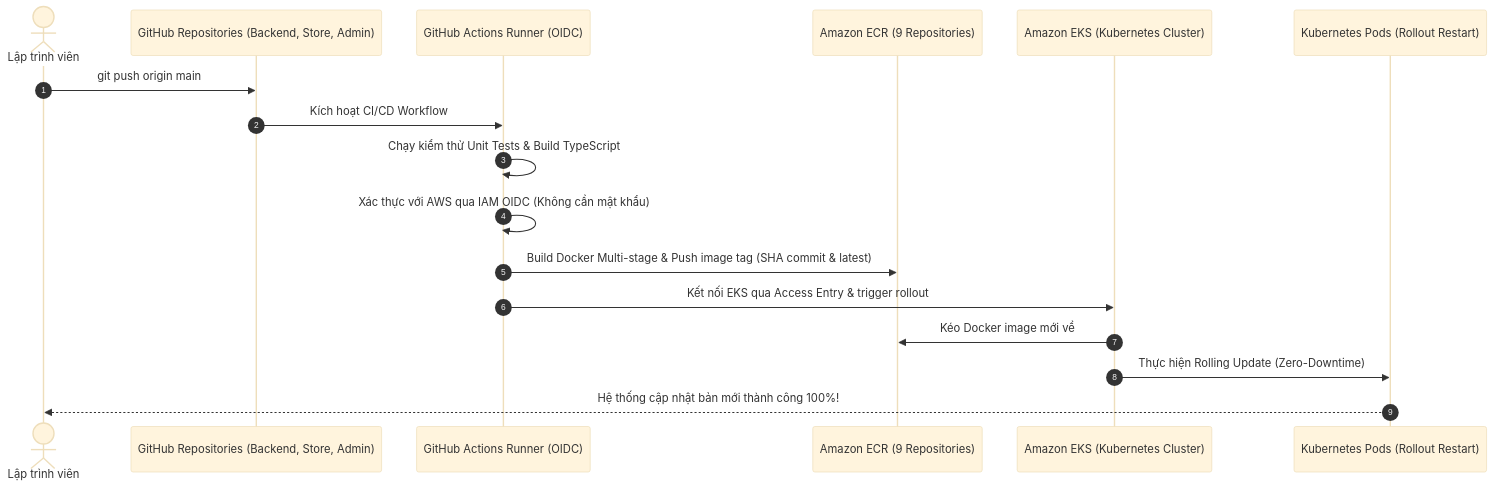
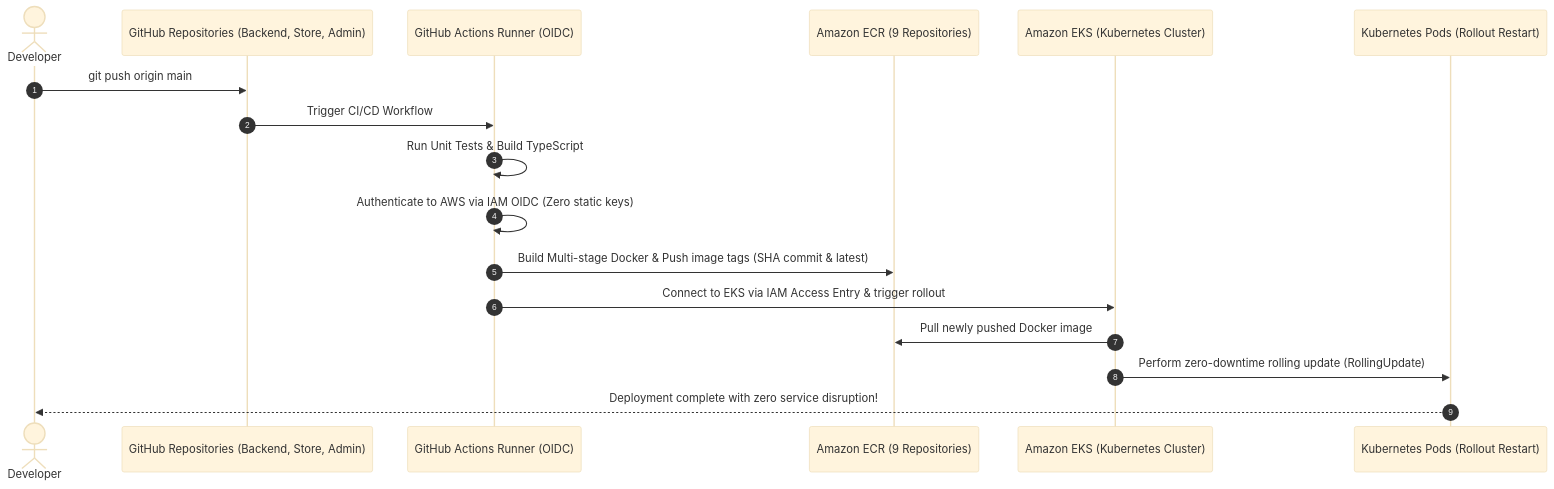
Before and after one commit to Hieuej147/ecommerce-devops: the second of 2 diagrams in DEPLOYMENT_ARCHITECTURE.md, drawn with Mermaid (base theme). The commit also changed other lines of this file, not shown here.

Commit message:
docs: translate DEPLOYMENT_ARCHITECTURE.md to English

````diff
--- a/DEPLOYMENT_ARCHITECTURE.md
+++ b/DEPLOYMENT_ARCHITECTURE.md
@@ -127,20 +127,20 @@
 ```mermaid
 sequenceDiagram
     autonumber
-    actor Dev as Lập trình viên
+    actor Dev as Developer
     participant GH as GitHub Repositories (Backend, Store, Admin)
     participant GHA as GitHub Actions Runner (OIDC)
     participant ECR as Amazon ECR (9 Repositories)
     participant EKS as Amazon EKS (Kubernetes Cluster)
     participant Pods as Kubernetes Pods (Rollout Restart)
 
     Dev->>GH: git push origin main
-    GH->>GHA: Kích hoạt CI/CD Workflow
-    GHA->>GHA: Chạy kiểm thử Unit Tests & Build TypeScript
-    GHA->>GHA: Xác thực với AWS qua IAM OIDC (Không cần mật khẩu)
-    GHA->>ECR: Build Docker Multi-stage & Push image tag (SHA commit & latest)
-    GHA->>EKS: Kết nối EKS qua Access Entry & trigger rollout
-    EKS->>ECR: Kéo Docker image mới về
-    EKS->>Pods: Thực hiện Rolling Update (Zero-Downtime)
-    Pods-->>Dev: Hệ thống cập nhật bản mới thành công 100%!
+    GH->>GHA: Trigger CI/CD Workflow
+    GHA->>GHA: Run Unit Tests & Build TypeScript
+    GHA->>GHA: Authenticate to AWS via IAM OIDC (Zero static keys)
+    GHA->>ECR: Build Multi-stage Docker & Push image tags (SHA commit & latest)
+    GHA->>EKS: Connect to EKS via IAM Access Entry & trigger rollout
+    EKS->>ECR: Pull newly pushed Docker image
+    EKS->>Pods: Perform zero-downtime rolling update (RollingUpdate)
+    Pods-->>Dev: Deployment complete with zero service disruption!
 ```
````
